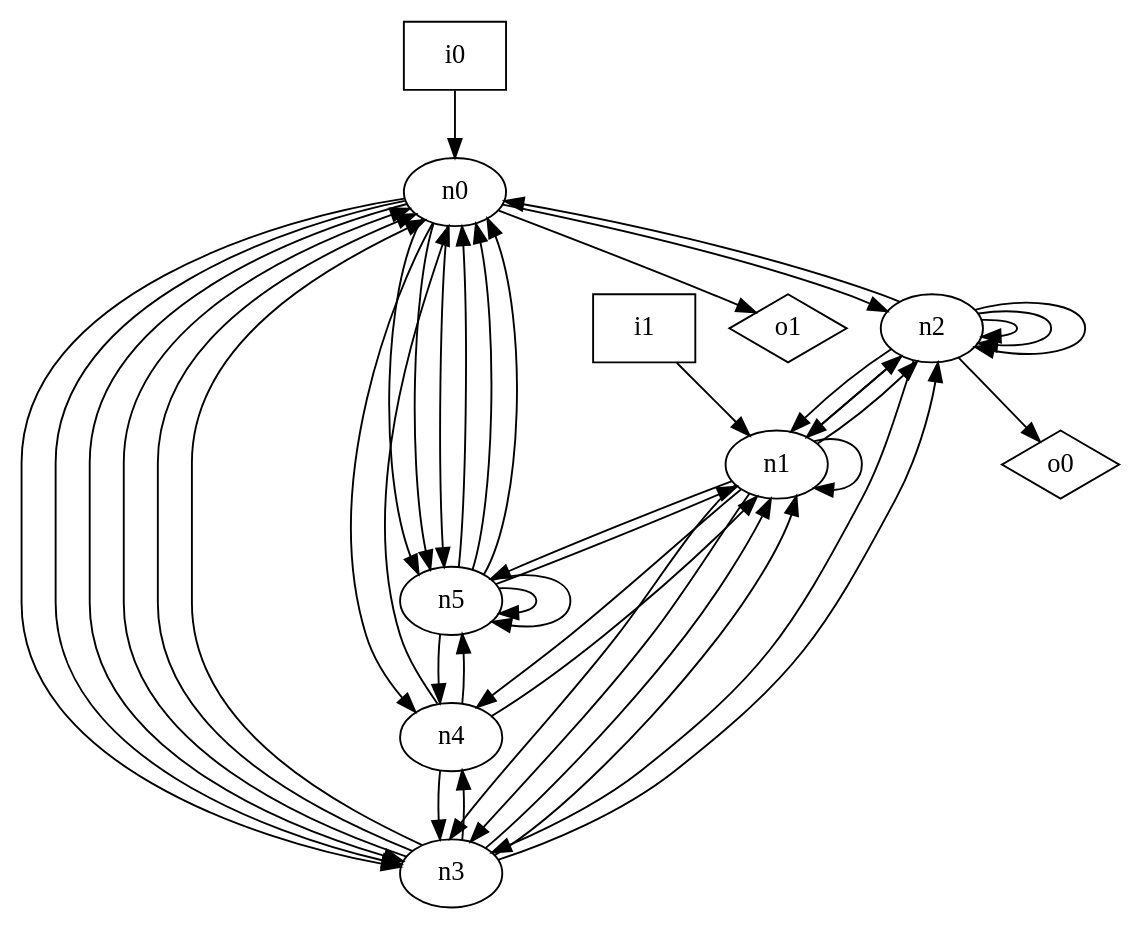
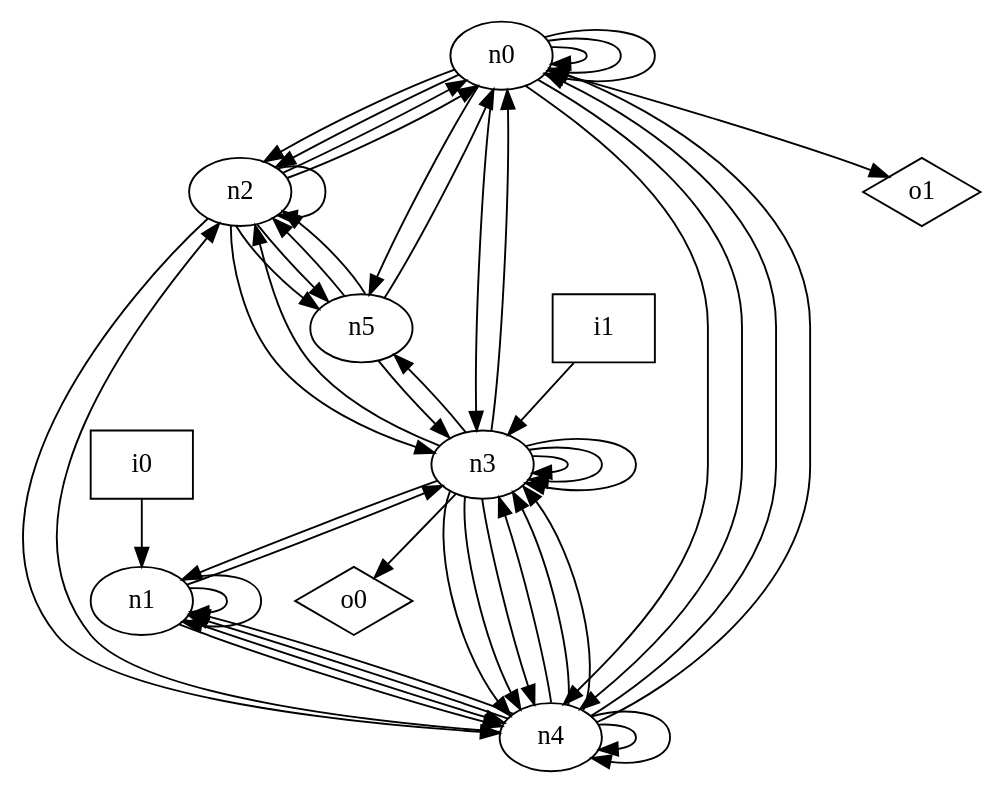
Before and after one commit to p9romain/bool-circuits: the diagram in dot_files/random/random_undirected_graph.dot, drawn with Graphviz. The commit also changed 30 other files, not shown here.

```diff
--- a/dot_files/random/random_undirected_graph.dot
+++ b/dot_files/random/random_undirected_graph.dot
@@ -1,56 +1,61 @@
 digraph G {
 n0 [label="n0"];
 n1 [label="n1"];
 n2 [label="n2"];
 n3 [label="n3"];
 n4 [label="n4"];
 n5 [label="n5"];
 n6 [label="i0",shape="box"];
 n7 [label="i1",shape="box"];
 n8 [label="o0",shape="diamond"];
 n9 [label="o1",shape="diamond"];
+n0 -> n0
+n0 -> n0
+n0 -> n0
+n0 -> n2
 n0 -> n2
 n0 -> n3
-n0 -> n3
-n0 -> n3
 n0 -> n4
-n0 -> n5
-n0 -> n5
+n0 -> n4
 n0 -> n5
 n0 -> n9
 n1 -> n1
-n1 -> n2
-n1 -> n2
-n1 -> n3
+n1 -> n1
 n1 -> n3
 n1 -> n4
-n1 -> n5
+n1 -> n4
 n2 -> n0
-n2 -> n1
-n2 -> n1
-n2 -> n2
-n2 -> n2
+n2 -> n0
 n2 -> n2
 n2 -> n3
-n2 -> n8
-n3 -> n0
-n3 -> n0
+n2 -> n4
+n2 -> n5
+n2 -> n5
 n3 -> n0
 n3 -> n1
-n3 -> n1
 n3 -> n2
+n3 -> n3
+n3 -> n3
+n3 -> n3
 n3 -> n4
+n3 -> n4
+n3 -> n4
+n3 -> n5
+n3 -> n8
+n4 -> n0
 n4 -> n0
 n4 -> n1
+n4 -> n1
+n4 -> n2
 n4 -> n3
-n4 -> n5
+n4 -> n3
+n4 -> n3
+n4 -> n4
+n4 -> n4
 n5 -> n0
-n5 -> n0
-n5 -> n0
-n5 -> n1
-n5 -> n4
-n5 -> n5
-n5 -> n5
-n6 -> n0
-n7 -> n1
+n5 -> n2
+n5 -> n2
+n5 -> n3
+n6 -> n1
+n7 -> n3
 }
```
